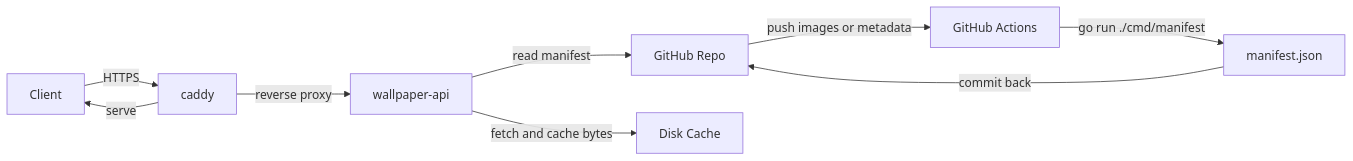
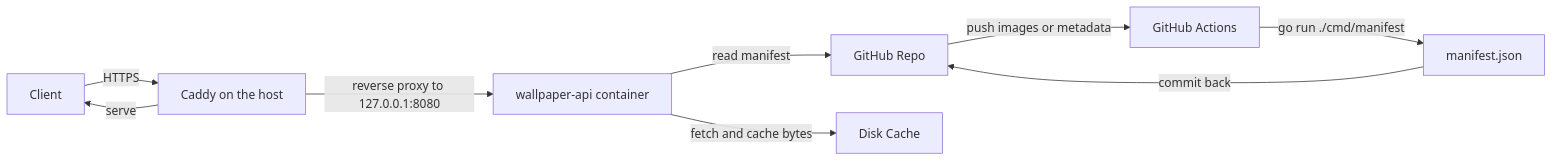
The diagram in README.md (MinimaxFlora/WallpaperHub), drawn with Mermaid before and after one commit. The commit also changed other lines of this file and 5 other files, not shown here.

First line of the commit message:
refactor: serve the API behind the host Caddy instead of a Caddy container

````diff
--- a/README.md
+++ b/README.md
@@ -10,11 +10,11 @@
 ```mermaid
 flowchart LR
     A["GitHub Repo"] -->|"push images or metadata"| B["GitHub Actions"]
     B -->|"go run ./cmd/manifest"| C["manifest.json"]
     C -->|"commit back"| A
-    D["Client"] -->|"HTTPS"| G["caddy"]
-    G -->|"reverse proxy"| E["wallpaper-api"]
+    D["Client"] -->|"HTTPS"| G["Caddy on the host"]
+    G -->|"reverse proxy to 127.0.0.1:8080"| E["wallpaper-api container"]
     E -->|"read manifest"| A
     E -->|"fetch and cache bytes"| F["Disk Cache"]
     G -->|"serve"| D
 ```
````
